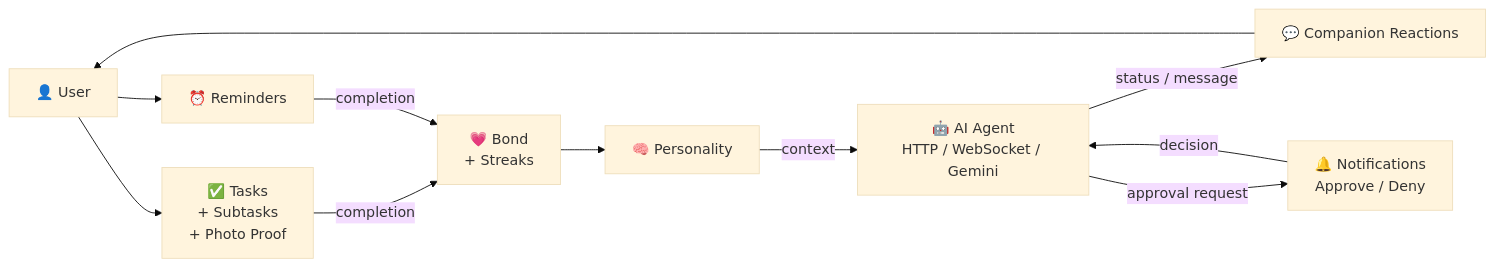
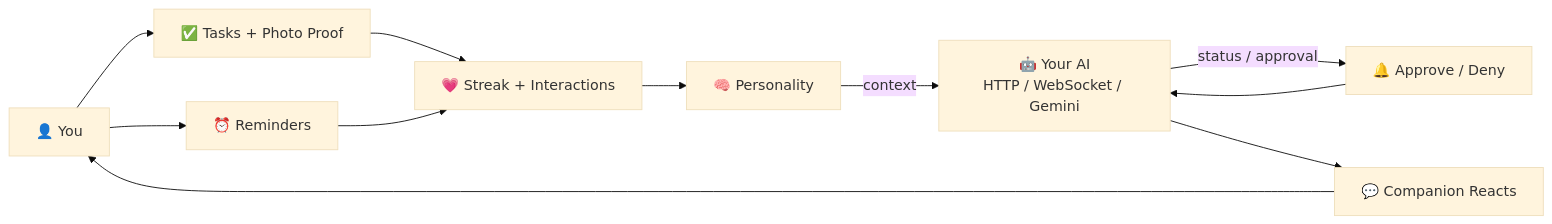
One commit to riddhibantia/Pixel-Pal- changed the diagram in README.md. Above: the diagram before and after it, drawn with Mermaid (base theme). The commit also changed other lines of this file and 5 other files, not shown here.

Commit message:
feat: unlock all species (no bond gates), keep streak, modern concise README (1 diagram), fix screenshots, MIT license

````diff
--- a/README.md
+++ b/README.md
@@ -45,29 +30,13 @@
 ```mermaid
 flowchart LR
-    U["👤 User"]
-
-    T["✅ Tasks<br/>+ Subtasks<br/>+ Photo Proof"]
-    R["⏰ Reminders"]
-
-    B["💗 Bond<br/>+ Streaks"]
-    P["🧠 Personality"]
-
-    A["🤖 AI Agent<br/>HTTP / WebSocket / Gemini"]
-    C["💬 Companion Reactions"]
-    N["🔔 Notifications<br/>Approve / Deny"]
-
-    U --> T
-    U --> R
-
-    T -->|completion| B
-    R -->|completion| B
-
-    B --> P
-    P -->|context| A
-
-    A -->|status / message| C
-    A -->|approval request| N
-    N -->|decision| A
-
+    U[👤 You] --> T[✅ Tasks + Photo Proof]
+    U --> R[⏰ Reminders]
+    T --> S[💗 Streak + Interactions]
+    R --> S
+    S --> P[🧠 Personality]
+    P -->|context| AI[🤖 Your AI<br/>HTTP / WebSocket / Gemini]
+    AI -->|status / approval| N[🔔 Approve / Deny]
+    N --> AI
+    AI --> C[💬 Companion Reacts]
     C --> U
 ```
````
